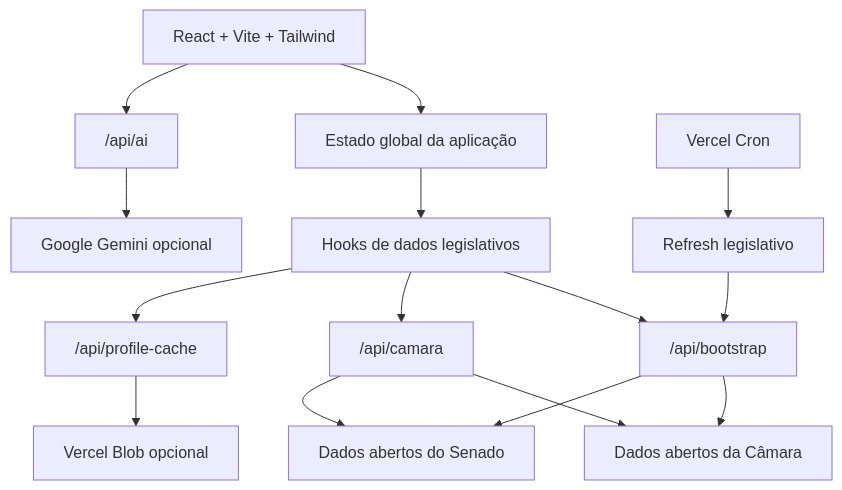
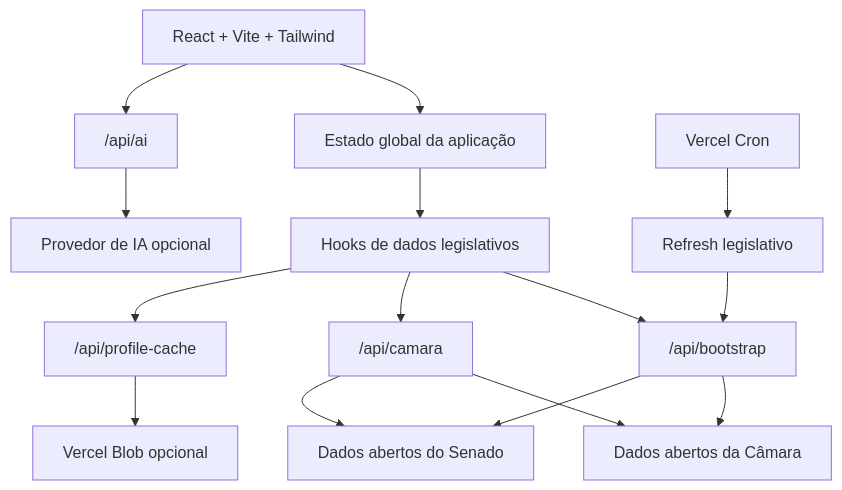
One commit to Chrisllan02/Papo-Reto changed the second of 2 diagrams in README.md. Above: the diagram before and after it, drawn with Mermaid. The commit also changed other lines of this file and 5 other files, not shown here.

````diff
--- a/README.md
+++ b/README.md
@@ -56,17 +56,17 @@
 ```mermaid
 flowchart TB
   UI["React + Vite + Tailwind"] --> CTX["Estado global da aplicação"]
   CTX --> HOOK["Hooks de dados legislativos"]
   HOOK --> BOOT["/api/bootstrap"]
   HOOK --> PROXY["/api/camara"]
   HOOK --> CACHE["/api/profile-cache"]
   UI --> AI["/api/ai"]
   CRON["Vercel Cron"] --> JOB["Refresh legislativo"]
   JOB --> BOOT
   BOOT --> CAMARA["Dados abertos da Câmara"]
   BOOT --> SENADO["Dados abertos do Senado"]
   PROXY --> CAMARA
   PROXY --> SENADO
   CACHE --> BLOB["Vercel Blob opcional"]
-  AI --> GEMINI["Google Gemini opcional"]
+  AI --> PROVIDER["Provedor de IA opcional"]
 ```
````
